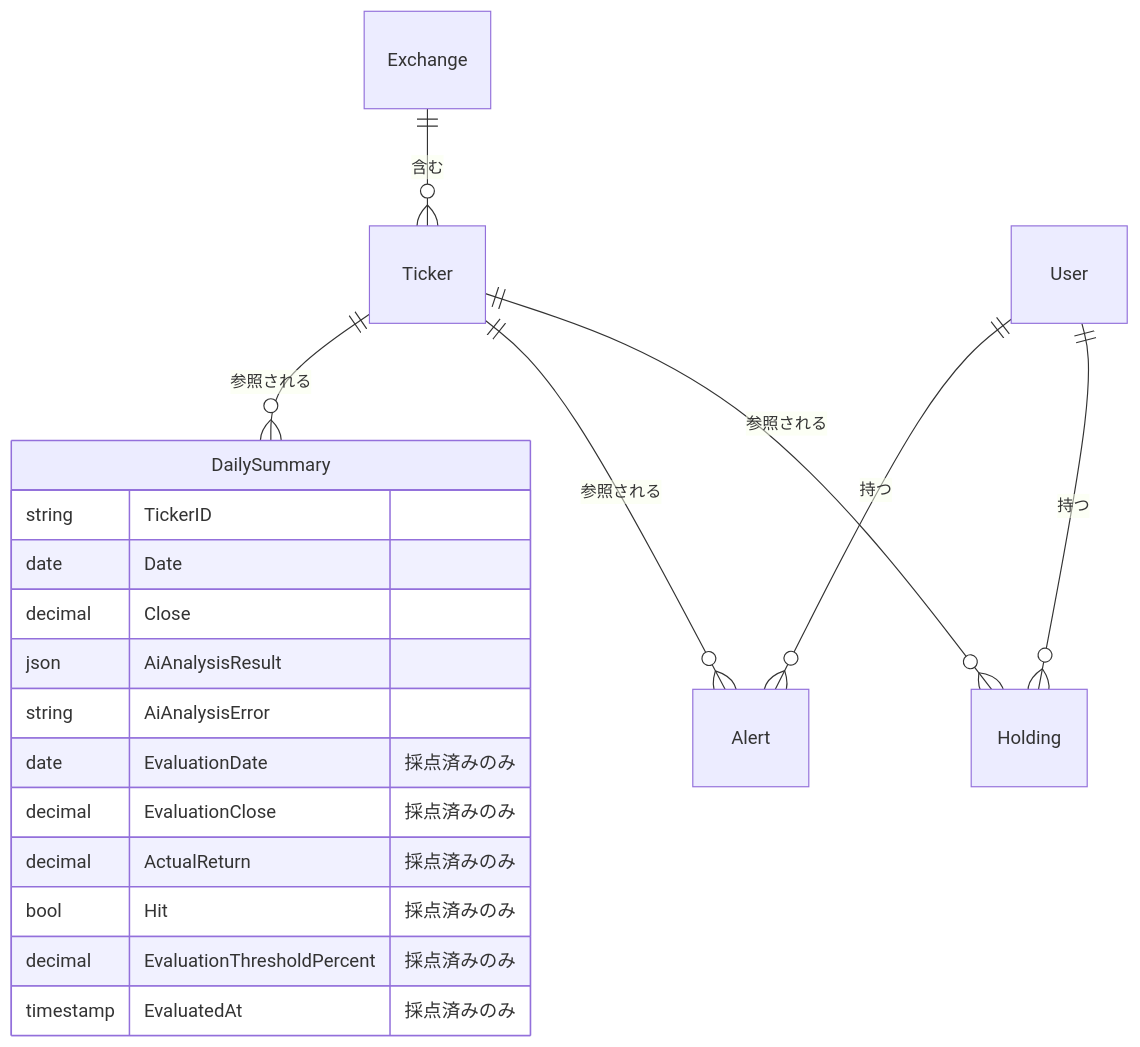
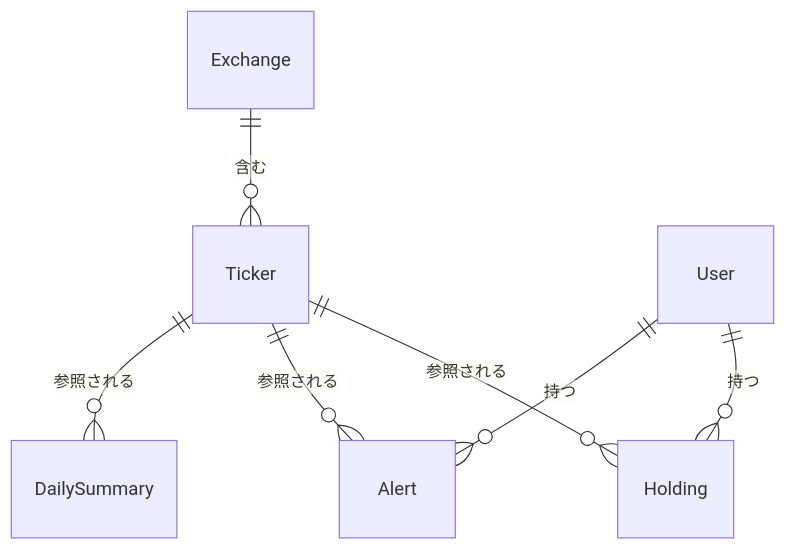
Before and after one commit to nagiyu/nagiyu-platform: the second of 2 diagrams in docs/services/stock-tracker/external-design.md, drawn with Mermaid. The commit also changed other lines of this file and 1 other file, not shown here.

First line of the commit message:
docs(stock-tracker): コードを見ればわかる実装詳細をドキュメントから削除（flow.md 準拠）

````diff
--- a/docs/services/stock-tracker/external-design.md
+++ b/docs/services/stock-tracker/external-design.md
@@ -295,22 +265,9 @@
 ```mermaid
 erDiagram
     Exchange ||--o{ Ticker : "含む"
     Ticker ||--o{ Holding : "参照される"
     Ticker ||--o{ Alert : "参照される"
     Ticker ||--o{ DailySummary : "参照される"
     User ||--o{ Holding : "持つ"
     User ||--o{ Alert : "持つ"
-    DailySummary {
-        string TickerID
-        date Date
-        decimal Close
-        json AiAnalysisResult
-        string AiAnalysisError
-        date EvaluationDate "採点済みのみ"
-        decimal EvaluationClose "採点済みのみ"
-        decimal ActualReturn "採点済みのみ"
-        bool Hit "採点済みのみ"
-        decimal EvaluationThresholdPercent "採点済みのみ"
-        timestamp EvaluatedAt "採点済みのみ"
-    }
 ```
````
